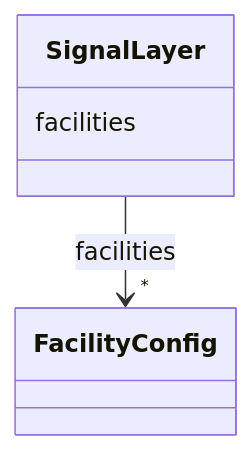
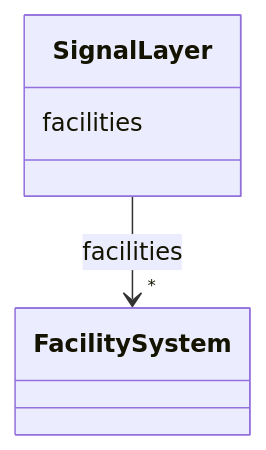
The diagram in docs_narad/SignalLayer.md (pals-project/pals-facility-config), drawn with Mermaid before and after one commit. The commit also changed other lines of this file and 126 other files, not shown here.

````diff
--- a/docs_narad/SignalLayer.md
+++ b/docs_narad/SignalLayer.md
@@ -18,17 +18,17 @@
 ```mermaid
  classDiagram
     class SignalLayer
     click SignalLayer href "../SignalLayer/"
       SignalLayer : facilities
         
           
     
         
         
-        SignalLayer --> "*" FacilityConfig : facilities
-        click FacilityConfig href "../FacilityConfig/"
+        SignalLayer --> "*" FacilitySystem : facilities
+        click FacilitySystem href "../FacilitySystem/"
     
 
         
       
 ```
````
